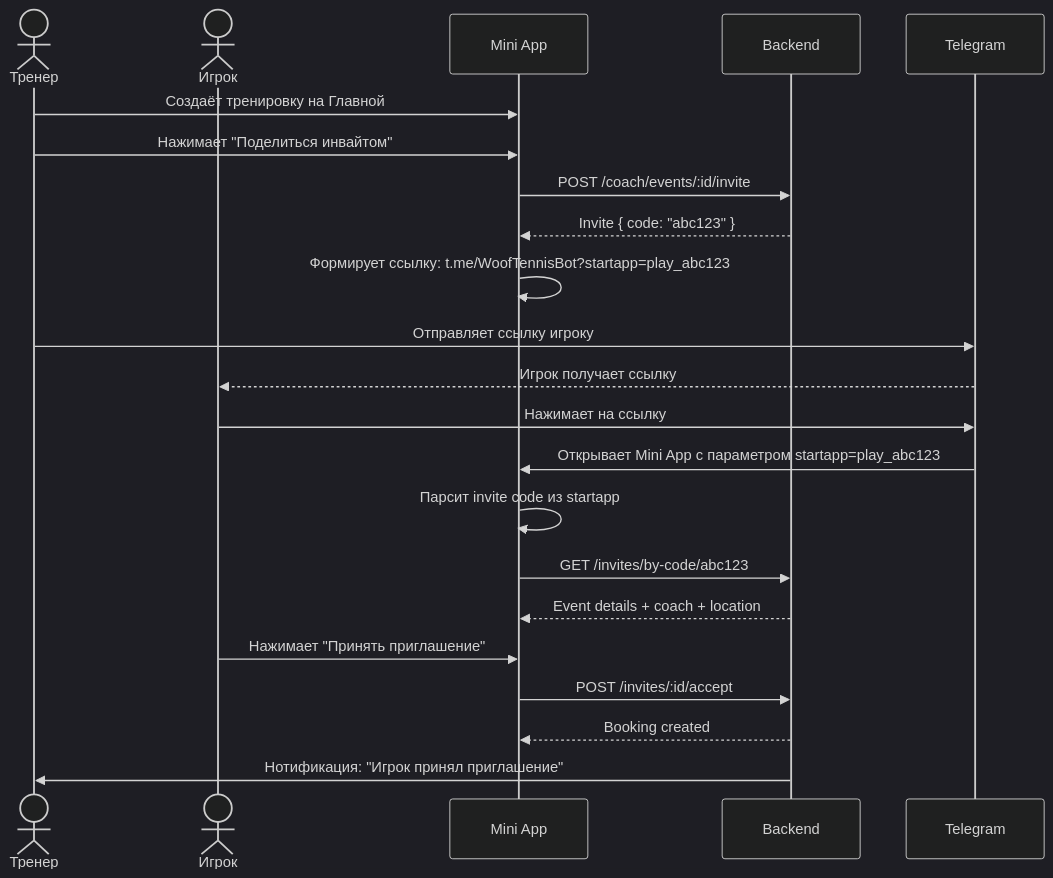
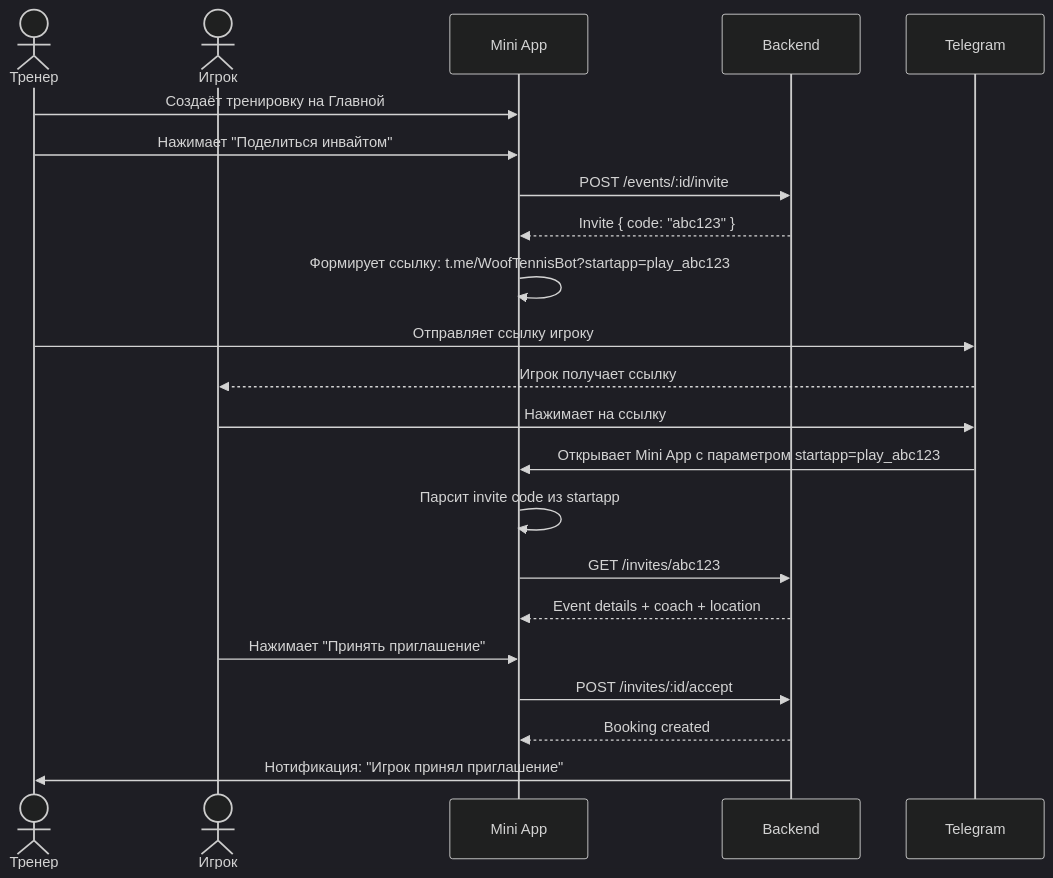
One commit to maxism/woof-tennis changed the sixth of 11 diagrams in docs/04-user-flows.md. Above: the diagram before and after it, drawn with Mermaid (dark theme). The commit also changed other lines of this file and 42 other files, not shown here.

````diff
--- a/docs/04-user-flows.md
+++ b/docs/04-user-flows.md
@@ -146,29 +146,29 @@
 ```mermaid
 sequenceDiagram
     actor C as Тренер
     actor P as Игрок
     participant MA as Mini App
     participant API as Backend
     participant TG as Telegram
 
     C->>MA: Создаёт тренировку на Главной
     C->>MA: Нажимает "Поделиться инвайтом"
-    MA->>API: POST /coach/events/:id/invite
+    MA->>API: POST /events/:id/invite
     API-->>MA: Invite { code: "abc123" }
     MA->>MA: Формирует ссылку: t.me/WoofTennisBot?startapp=play_abc123
 
     C->>TG: Отправляет ссылку игроку
     TG-->>P: Игрок получает ссылку
 
     P->>TG: Нажимает на ссылку
     TG->>MA: Открывает Mini App с параметром startapp=play_abc123
     MA->>MA: Парсит invite code из startapp
-    MA->>API: GET /invites/by-code/abc123
+    MA->>API: GET /invites/abc123
     API-->>MA: Event details + coach + location
 
     P->>MA: Нажимает "Принять приглашение"
     MA->>API: POST /invites/:id/accept
     API-->>MA: Booking created
 
     API->>C: Нотификация: "Игрок принял приглашение"
 ```
````
